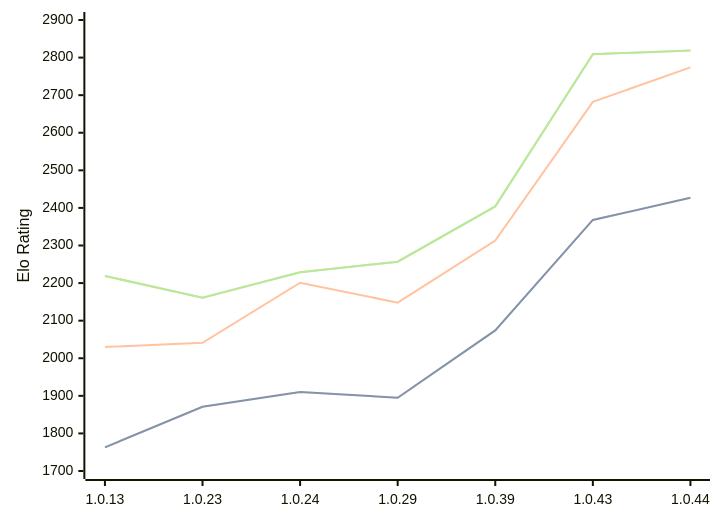
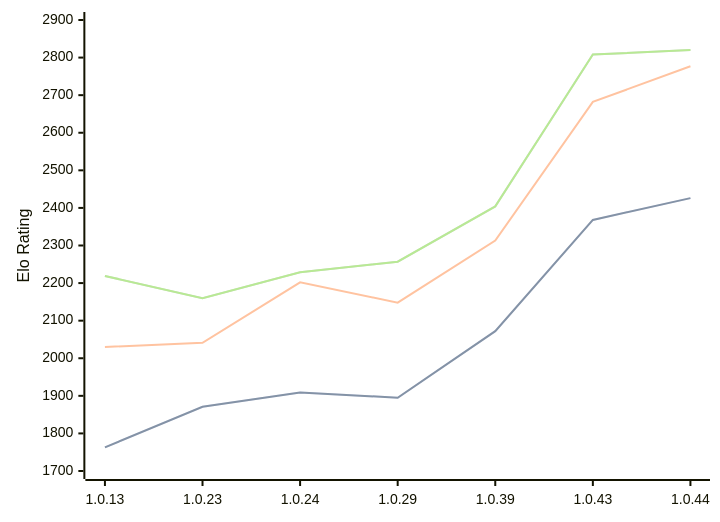
Before and after one commit to computer-chess-index/cci: the diagram in engines/RustyRival.md, drawn with Mermaid. The commit also changed other lines of this file, not shown here.

Commit message:
Update CCI Ratings (ELO VLTC) - 2026-07-27

````diff
--- a/engines/RustyRival.md
+++ b/engines/RustyRival.md
@@ -72,11 +73,11 @@
 ```mermaid
 %%{init: {"theme":"base","themeVariables":{"seriesColors:['#a3a3a3','#222221','#faa371']}}}%%
 xychart-beta
   x-axis ["1.0.13", "1.0.23", "1.0.24", "1.0.29", "1.0.39", "1.0.43", "1.0.44"]
   y-axis "Elo Rating" 1700 --> 2900
-  line "STC (8.0+0.08s)" [1763, 1871, 1910, 1895, 2074, 2368, 2427]
-  line "STC (8.0+0.08s)" [1763, 1871, 1910, 1895, 2074, 2368, 2427]
-  line "LTC (60.0+0.60s)" [2030, 2041, 2201, 2148, 2313, 2682, 2774]
-  line "VLTC (2m24s+1.12s)" [2219, 2161, 2229, 2257, 2404, 2809, 2819]
-  line "VLTC (2m24s+1.12s)" [2219, 2161, 2229, 2257, 2404, 2809, 2819]
+  line "STC (8.0+0.08s)" [1763, 1871, 1909, 1895, 2072, 2368, 2426]
+  line "STC (8.0+0.08s)" [1763, 1871, 1909, 1895, 2072, 2368, 2426]
+  line "LTC (60.0+0.60s)" [2030, 2041, 2202, 2148, 2313, 2682, 2777]
+  line "VLTC (2m24s+1.12s)" [2219, 2160, 2229, 2257, 2404, 2808, 2820]
+  line "VLTC (2m24s+1.12s)" [2219, 2160, 2229, 2257, 2404, 2808, 2820]
 ```
````
